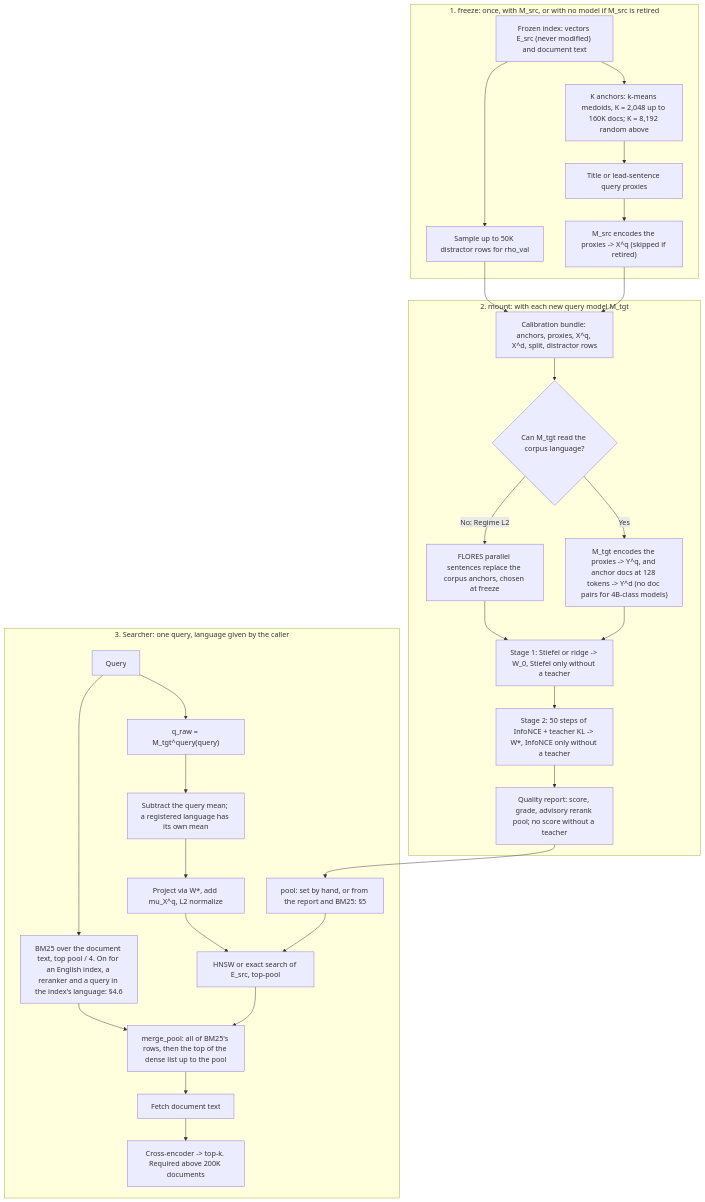
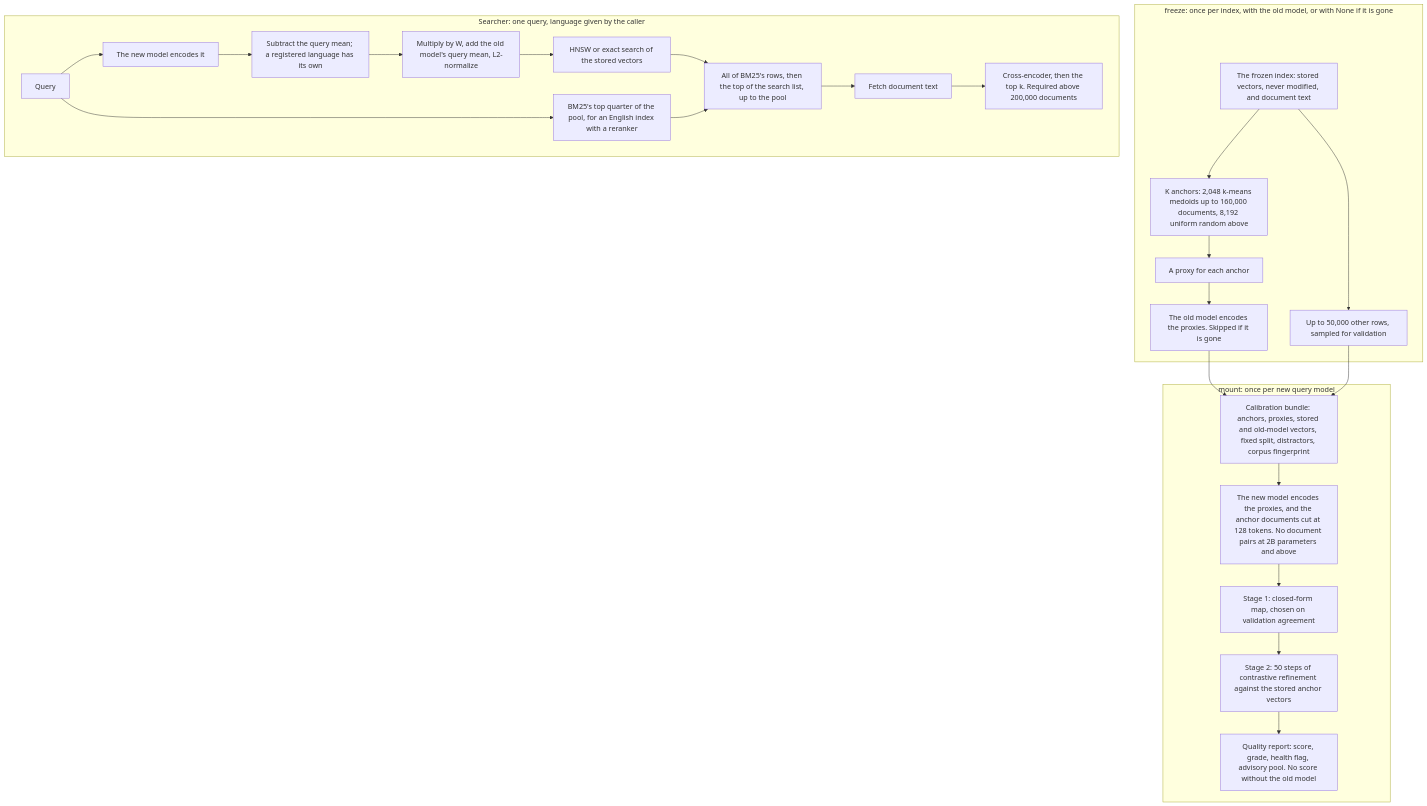
The diagram in spacebridge_design_and_benchmark.md (pancerZH/SpaceBridge), drawn with Mermaid before and after one commit. The commit also changed other lines of this file and 14 other files, not shown here.

First line of the commit message:
Docs rewritten: final designs first, a report in nine parts, a README without internal terms, a usage guide and a decision ledger

````diff
--- a/spacebridge_design_and_benchmark.md
+++ b/spacebridge_design_and_benchmark.md
@@ -149,35 +43,28 @@
 ```mermaid
 flowchart TD
-    subgraph Freeze["1. freeze: once, with M_src, or with no model if M_src is retired"]
-        Docs["Frozen index: vectors E_src (never modified) and document text"] --> Anchors["K anchors: k-means medoids, K = 2,048 up to 160K docs; K = 8,192 random above"]
-        Anchors --> Proxies["Title or lead-sentence query proxies"]
-        Proxies --> EncSrc["M_src encodes the proxies -> X^q (skipped if retired)"]
-        Docs --> Distract["Sample up to 50K distractor rows for rho_val"]
+    subgraph Freeze["freeze: once per index, with the old model, or with None if it is gone"]
+        Docs["The frozen index: stored vectors, never modified, and document text"] --> Anchors["K anchors: 2,048 k-means medoids up to 160,000 documents, 8,192 uniform random above"]
+        Anchors --> Proxies["A proxy for each anchor"]
+        Proxies --> EncSrc["The old model encodes the proxies. Skipped if it is gone"]
+        Docs --> Distract["Up to 50,000 other rows, sampled for validation"]
     end
-
-    subgraph Mount["2. mount: with each new query model M_tgt"]
-        EncSrc --> Bundle["Calibration bundle: anchors, proxies, X^q, X^d, split, distractor rows"]
+    subgraph Mount["mount: once per new query model"]
+        EncSrc --> Bundle["Calibration bundle: anchors, proxies, stored and old-model vectors, fixed split, distractors, corpus fingerprint"]
         Distract --> Bundle
-        Bundle --> Regime{"Can M_tgt read the corpus language?"}
-        Regime -- "Yes" --> EncTgt["M_tgt encodes the proxies -> Y^q, and anchor docs at 128 tokens -> Y^d (no doc pairs for 4B-class models)"]
-        Regime -- "No: Regime L2" --> StaticBank["FLORES parallel sentences replace the corpus anchors, chosen at freeze"]
-        StaticBank --> Stage1
-        EncTgt --> Stage1["Stage 1: Stiefel or ridge -> W_0, Stiefel only without a teacher"]
-        Stage1 --> Stage2["Stage 2: 50 steps of InfoNCE + teacher KL -> W*, InfoNCE only without a teacher"]
-        Stage2 --> Report["Quality report: score, grade, advisory rerank pool; no score without a teacher"]
+        Bundle --> EncTgt["The new model encodes the proxies, and the anchor documents cut at 128 tokens. No document pairs at 2B parameters and above"]
+        EncTgt --> Stage1["Stage 1: closed-form map, chosen on validation agreement"]
+        Stage1 --> Stage2["Stage 2: 50 steps of contrastive refinement against the stored anchor vectors"]
+        Stage2 --> Report["Quality report: score, grade, health flag, advisory pool. No score without the old model"]
     end
-
-    subgraph Online["3. Searcher: one query, language given by the caller"]
-        UserQ["Query"] --> TgtOnline["q_raw = M_tgt^query(query)"]
-        TgtOnline --> LangCenter["Subtract the query mean; a registered language has its own mean"]
-        LangCenter --> Proj["Project via W*, add mu_X^q, L2 normalize"]
-        Proj --> Search["HNSW or exact search of E_src, top-pool"]
-        Report --> Pool["pool: set by hand, or from the report and BM25: §5"]
-        Pool --> Search
-        UserQ --> Lexical["BM25 over the document text, top pool / 4. On for an English index, a reranker and a query in the index's language: §4.6"]
-        Search --> Merge["merge_pool: all of BM25's rows, then the top of the dense list up to the pool"]
+    subgraph Online["Searcher: one query, language given by the caller"]
+        UserQ["Query"] --> TgtOnline["The new model encodes it"]
+        TgtOnline --> LangCenter["Subtract the query mean; a registered language has its own"]
+        LangCenter --> Proj["Multiply by W, add the old model's query mean, L2-normalize"]
+        Proj --> Search["HNSW or exact search of the stored vectors"]
+        UserQ --> Lexical["BM25's top quarter of the pool, for an English index with a reranker"]
+        Search --> Merge["All of BM25's rows, then the top of the search list, up to the pool"]
         Lexical --> Merge
         Merge --> Fetch["Fetch document text"]
-        Fetch --> Rerank["Cross-encoder -> top-k. Required above 200K documents"]
+        Fetch --> Rerank["Cross-encoder, then the top k. Required above 200,000 documents"]
     end
 ```
````
